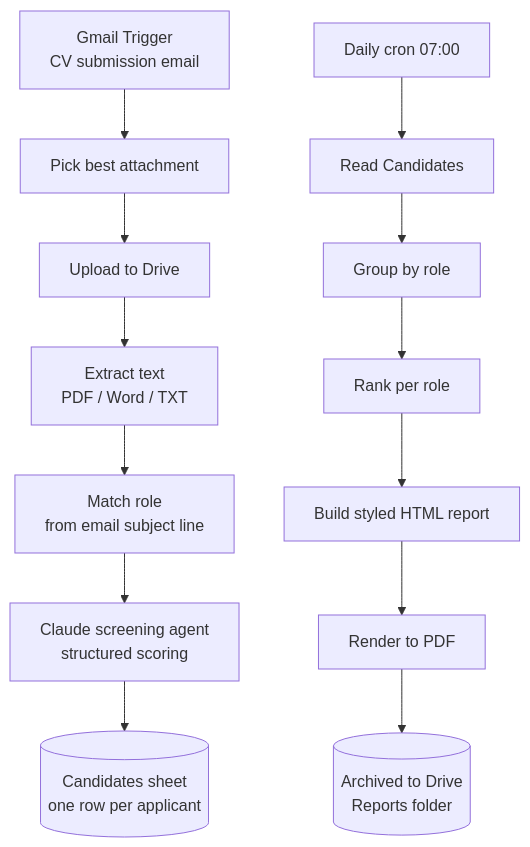
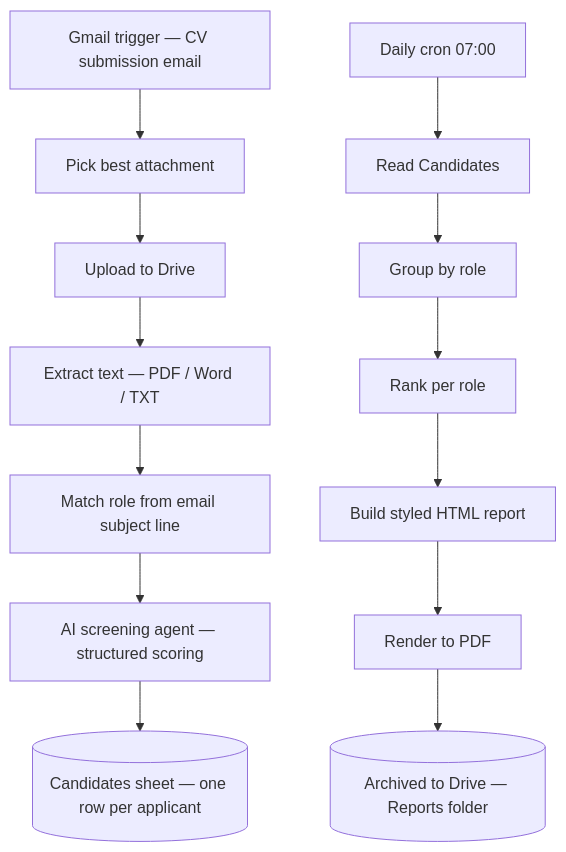
Before and after one commit to buseko-Actuary/ai-automation-portfolio: the diagram in projects/01-ai-cv-screening-zega.md, drawn with Mermaid. The commit also changed other lines of this file and 6 other files, not shown here.

````diff
--- a/projects/01-ai-cv-screening-zega.md
+++ b/projects/01-ai-cv-screening-zega.md
@@ -12,16 +24,16 @@
 ```mermaid
 flowchart TD
-    A[Gmail Trigger\nCV submission email] --> B[Pick best attachment]
+    A[Gmail trigger — CV submission email] --> B[Pick best attachment]
     B --> C[Upload to Drive]
-    C --> D[Extract text\nPDF / Word / TXT]
-    D --> E[Match role\nfrom email subject line]
-    E --> F[Claude screening agent\nstructured scoring]
-    F --> G[(Candidates sheet\none row per applicant)]
+    C --> D[Extract text — PDF / Word / TXT]
+    D --> E[Match role from email subject line]
+    E --> F[AI screening agent — structured scoring]
+    F --> G[(Candidates sheet — one row per applicant)]
 
     H[Daily cron 07:00] --> I[Read Candidates]
     I --> J[Group by role]
     J --> K[Rank per role]
     K --> L[Build styled HTML report]
     L --> M[Render to PDF]
-    M --> N[(Archived to Drive\nReports folder)]
+    M --> N[(Archived to Drive — Reports folder)]
 ```
````
